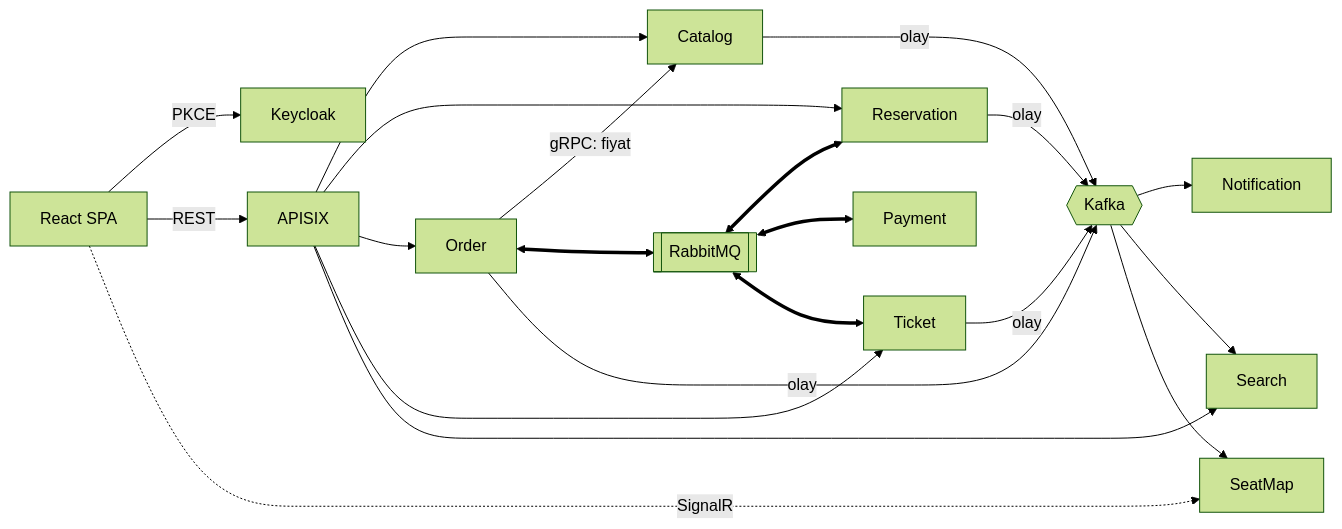
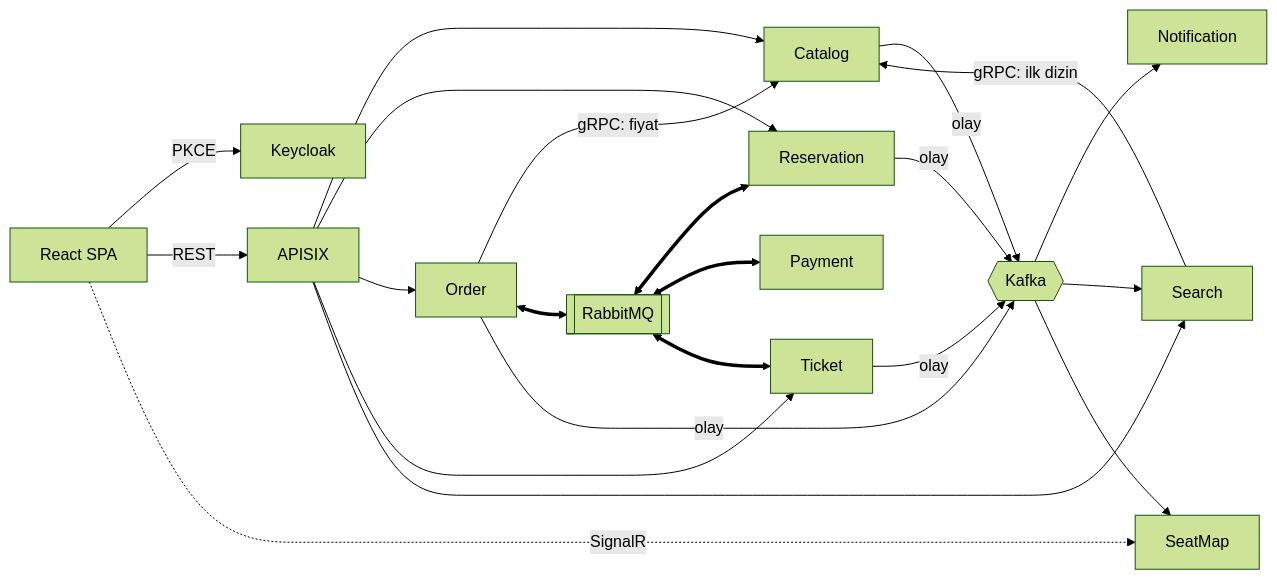
Before and after one commit to ahmetguvendik/Gise: the first of 6 diagrams in docs/tasarim.md, drawn with Mermaid (forest theme). The commit also changed other lines of this file and 69 other files, not shown here.

First line of the commit message:
Search: Elasticsearch ile Türkçe arama, öneri ve filtreler; ilk dizin Catalog'dan gRPC ile

````diff
--- a/docs/tasarim.md
+++ b/docs/tasarim.md
@@ -115,24 +116,25 @@
 ```mermaid
 flowchart LR
     SPA["React SPA"] -- "PKCE" --> KC["Keycloak"]
     SPA -- "REST" --> GW["APISIX"]
     SPA -. "SignalR" .-> SM["SeatMap"]
 
     GW --> CAT["Catalog"]
     GW --> RES["Reservation"]
     GW --> ORD["Order"]
     GW --> TIC["Ticket"]
     GW --> SRC["Search"]
 
     ORD -- "gRPC: fiyat" --> CAT
+    SRC -- "gRPC: ilk dizin" --> CAT
 
     ORD <==> MQ[["RabbitMQ"]]
     MQ <==> RES
     MQ <==> PAY["Payment"]
     MQ <==> TIC
 
     CAT & RES & ORD & TIC -- "olay" --> K{{"Kafka"}}
     K --> NOT["Notification"]
     K --> SRC
     K --> SM
 ```
````
